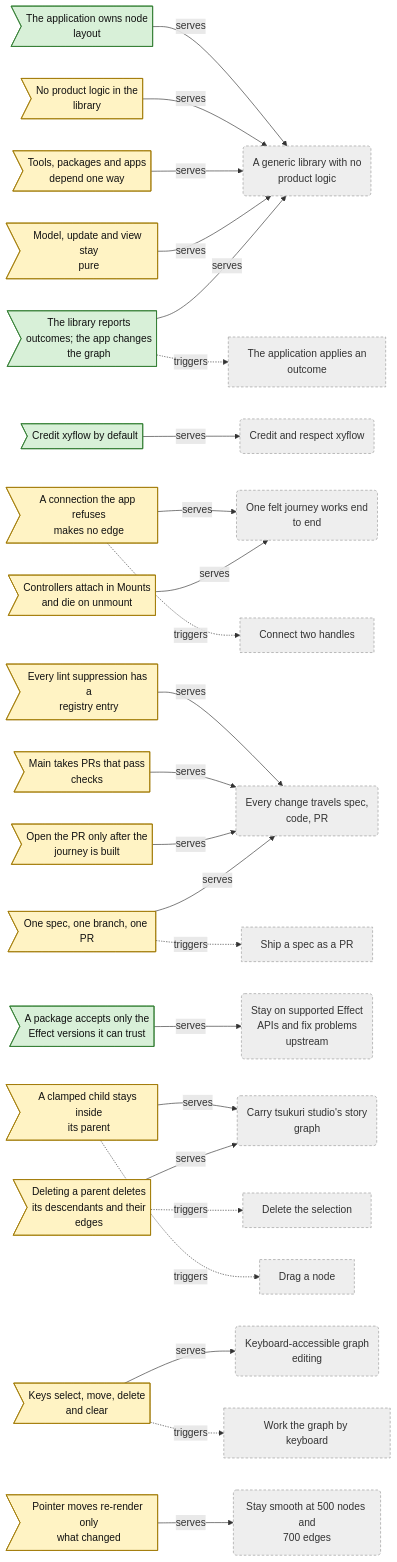
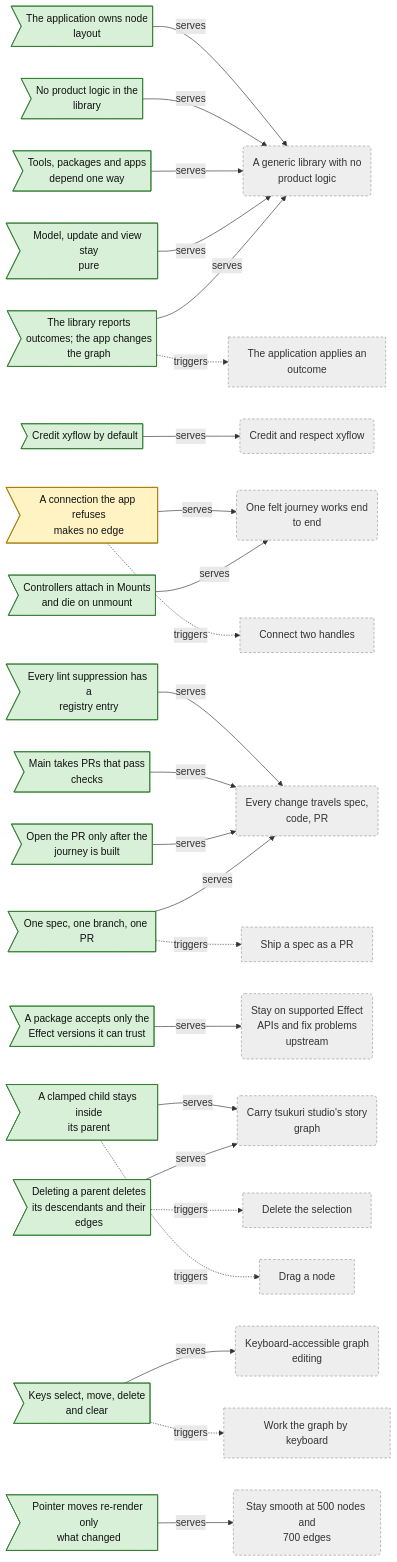
The fourth of 4 diagrams in docs/business-rules.md (reebeat/.github), drawn with Mermaid before and after one commit. The commit also changed other lines of this file and 43 other files, not shown here.

First line of the commit message:
feat: ratify the standard and config triage groups and the records-only elements (spec 0006) (#7)

````diff
--- a/docs/business-rules.md
+++ b/docs/business-rules.md
@@ -348,61 +348,61 @@
 ```mermaid
 flowchart LR
     classDef decided fill:#d8f0d8,stroke:#2d7a2d,color:#111
     classDef proposed fill:#fff3c4,stroke:#a07800,color:#111
     classDef open fill:#f8d7d7,stroke:#a02020,color:#111
     classDef outside fill:#eee,stroke:#999,color:#333,stroke-dasharray:4 3
     rule_flow_outcomes_not_mutations>"The library reports<br/>outcomes; the app changes<br/>the graph"]:::decided
-    rule_flow_controllers_in_mounts>"Controllers attach in Mounts<br/>and die on unmount"]:::proposed
-    rule_flow_pure_update>"Model, update and view stay<br/>pure"]:::proposed
-    rule_flow_dependency_direction>"Tools, packages and apps<br/>depend one way"]:::proposed
-    rule_flow_no_product_logic>"No product logic in the<br/>library"]:::proposed
+    rule_flow_controllers_in_mounts>"Controllers attach in Mounts<br/>and die on unmount"]:::decided
+    rule_flow_pure_update>"Model, update and view stay<br/>pure"]:::decided
+    rule_flow_dependency_direction>"Tools, packages and apps<br/>depend one way"]:::decided
+    rule_flow_no_product_logic>"No product logic in the<br/>library"]:::decided
     rule_flow_layout_by_app>"The application owns node<br/>layout"]:::decided
     rule_flow_attribution_default>"Credit xyflow by default"]:::decided
-    rule_flow_spec_code_pr>"One spec, one branch, one PR"]:::proposed
-    rule_flow_pr_after_ready>"Open the PR only after the<br/>journey is built"]:::proposed
-    rule_flow_main_protected>"Main takes PRs that pass<br/>checks"]:::proposed
-    rule_flow_exceptions_registered>"Every lint suppression has a<br/>registry entry"]:::proposed
+    rule_flow_spec_code_pr>"One spec, one branch, one PR"]:::decided
+    rule_flow_pr_after_ready>"Open the PR only after the<br/>journey is built"]:::decided
+    rule_flow_main_protected>"Main takes PRs that pass<br/>checks"]:::decided
+    rule_flow_exceptions_registered>"Every lint suppression has a<br/>registry entry"]:::decided
     rule_flow_effect_range_by_stability>"A package accepts only the<br/>Effect versions it can trust"]:::decided
-    rule_flow_delete_closure>"Deleting a parent deletes<br/>its descendants and their<br/>edges"]:::proposed
+    rule_flow_delete_closure>"Deleting a parent deletes<br/>its descendants and their<br/>edges"]:::decided
     rule_flow_invalid_connection_refused>"A connection the app refuses<br/>makes no edge"]:::proposed
-    rule_flow_child_clamp>"A clamped child stays inside<br/>its parent"]:::proposed
-    rule_flow_keyboard_actions>"Keys select, move, delete<br/>and clear"]:::proposed
-    rule_flow_memoised_views>"Pointer moves re-render only<br/>what changed"]:::proposed
+    rule_flow_child_clamp>"A clamped child stays inside<br/>its parent"]:::decided
+    rule_flow_keyboard_actions>"Keys select, move, delete<br/>and clear"]:::decided
+    rule_flow_memoised_views>"Pointer moves re-render only<br/>what changed"]:::decided
     goal_flow_generic_library("A generic library with no<br/>product logic"):::outside
     process_flow_apply_outcome["The application applies an<br/>outcome"]:::outside
     goal_flow_first_journey("One felt journey works end<br/>to end"):::outside
     goal_flow_respect_xyflow("Credit and respect xyflow"):::outside
     goal_flow_lifecycle("Every change travels spec,<br/>code, PR"):::outside
     process_flow_ship_spec["Ship a spec as a PR"]:::outside
     goal_org_stay_on_supported_stack("Stay on supported Effect<br/>APIs and fix problems<br/>upstream"):::outside
     goal_flow_studio_story_graph("Carry tsukuri studio's story<br/>graph"):::outside
     process_flow_delete_selection["Delete the selection"]:::outside
     process_flow_connect_handles["Connect two handles"]:::outside
     process_flow_drag_node["Drag a node"]:::outside
     goal_flow_keyboard_access("Keyboard-accessible graph<br/>editing"):::outside
     process_flow_keyboard_navigate["Work the graph by keyboard"]:::outside
     goal_flow_performance("Stay smooth at 500 nodes and<br/>700 edges"):::outside
     rule_flow_outcomes_not_mutations -->|serves| goal_flow_generic_library
     rule_flow_outcomes_not_mutations -.->|triggers| process_flow_apply_outcome
     rule_flow_controllers_in_mounts -->|serves| goal_flow_first_journey
     rule_flow_pure_update -->|serves| goal_flow_generic_library
     rule_flow_dependency_direction -->|serves| goal_flow_generic_library
     rule_flow_no_product_logic -->|serves| goal_flow_generic_library
     rule_flow_layout_by_app -->|serves| goal_flow_generic_library
     rule_flow_attribution_default -->|serves| goal_flow_respect_xyflow
     rule_flow_spec_code_pr -->|serves| goal_flow_lifecycle
     rule_flow_spec_code_pr -.->|triggers| process_flow_ship_spec
     rule_flow_pr_after_ready -->|serves| goal_flow_lifecycle
     rule_flow_main_protected -->|serves| goal_flow_lifecycle
     rule_flow_exceptions_registered -->|serves| goal_flow_lifecycle
     rule_flow_effect_range_by_stability -->|serves| goal_org_stay_on_supported_stack
     rule_flow_delete_closure -->|serves| goal_flow_studio_story_graph
     rule_flow_delete_closure -.->|triggers| process_flow_delete_selection
     rule_flow_invalid_connection_refused -->|serves| goal_flow_first_journey
     rule_flow_invalid_connection_refused -.->|triggers| process_flow_connect_handles
     rule_flow_child_clamp -->|serves| goal_flow_studio_story_graph
     rule_flow_child_clamp -.->|triggers| process_flow_drag_node
     rule_flow_keyboard_actions -->|serves| goal_flow_keyboard_access
     rule_flow_keyboard_actions -.->|triggers| process_flow_keyboard_navigate
     rule_flow_memoised_views -->|serves| goal_flow_performance
 ```
````
